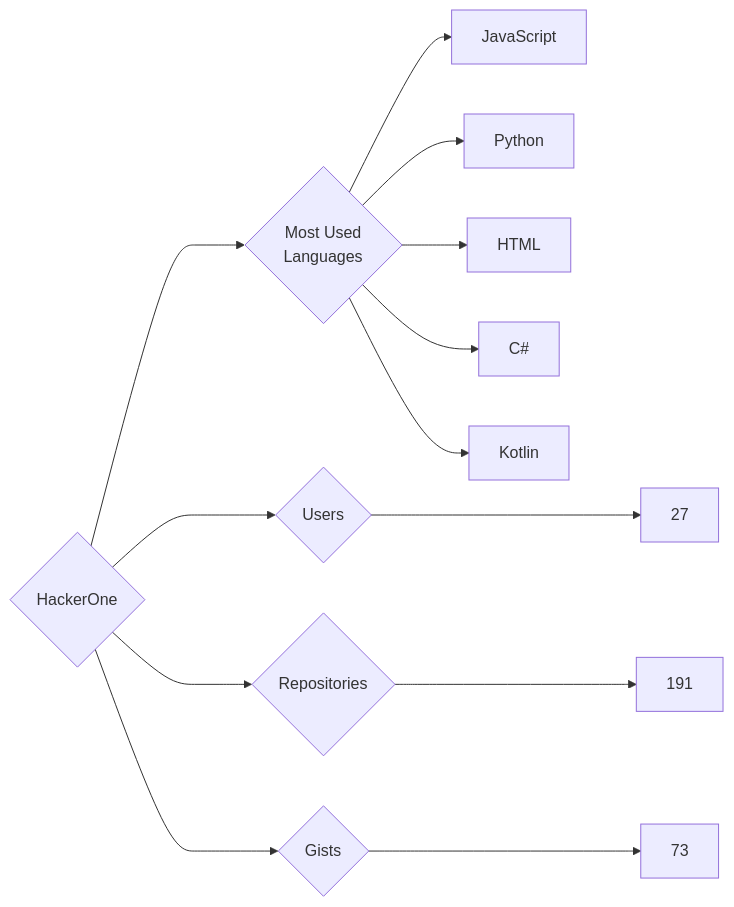
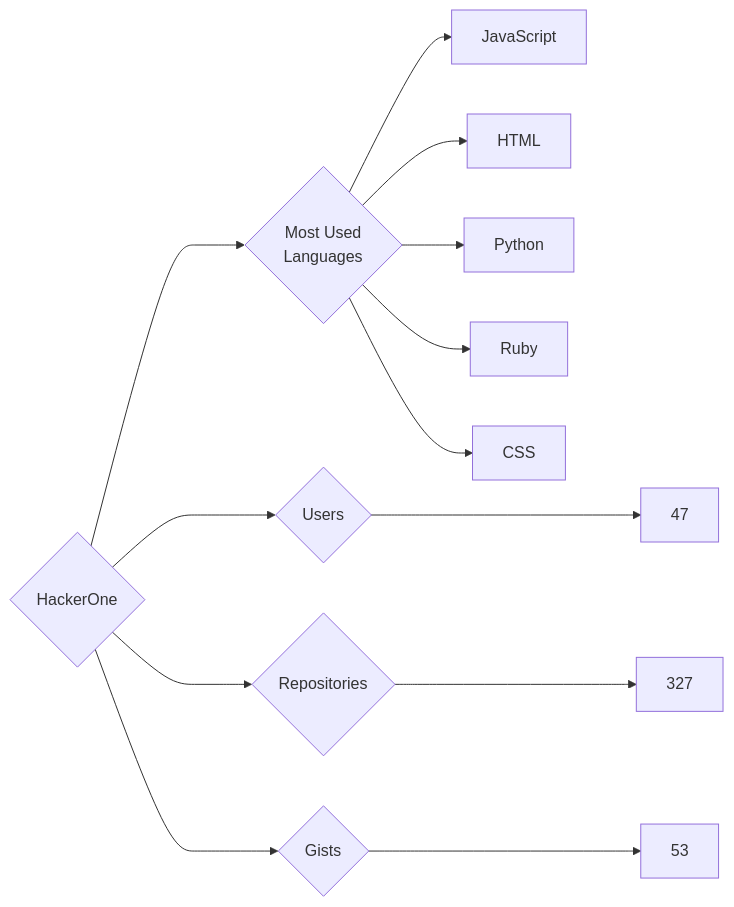
One commit to trickest/insiders changed the diagram in targets/HackerOne/README.md. Above: the diagram before and after it, drawn with Mermaid. The commit also changed 891 other files, not shown here.

````diff
--- a/targets/HackerOne/README.md
+++ b/targets/HackerOne/README.md
@@ -3,13 +3,13 @@
 ```mermaid
 graph LR
 COMPANY_NAME{HackerOne}
-COMPANY_NAME ---> U{Users} ---> UN[27]
-COMPANY_NAME ---> R{Repositories} ---> RN[191]
-COMPANY_NAME ---> G{Gists} ---> GN[73]
+COMPANY_NAME ---> U{Users} ---> UN[47]
+COMPANY_NAME ---> R{Repositories} ---> RN[327]
+COMPANY_NAME ---> G{Gists} ---> GN[53]
 COMPANY_NAME ---> ML{Most Used<br>Languages}
 ML --> JavaScript[JavaScript]
+ML --> HTML[HTML]
 ML --> Python[Python]
-ML --> HTML[HTML]
-ML --> C#[C#]
-ML --> Kotlin[Kotlin]
+ML --> Ruby[Ruby]
+ML --> CSS[CSS]
 ```
````
